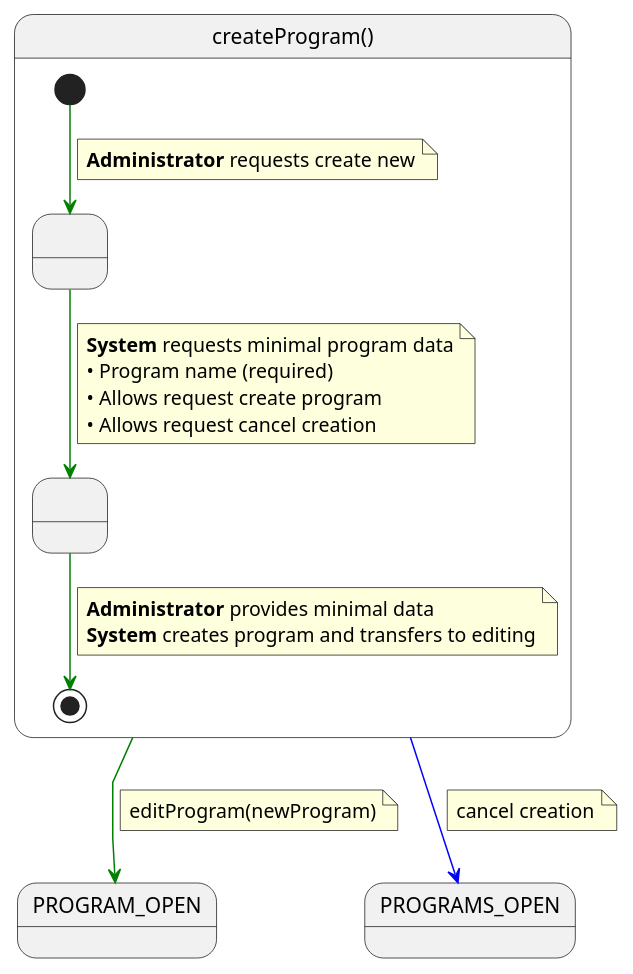
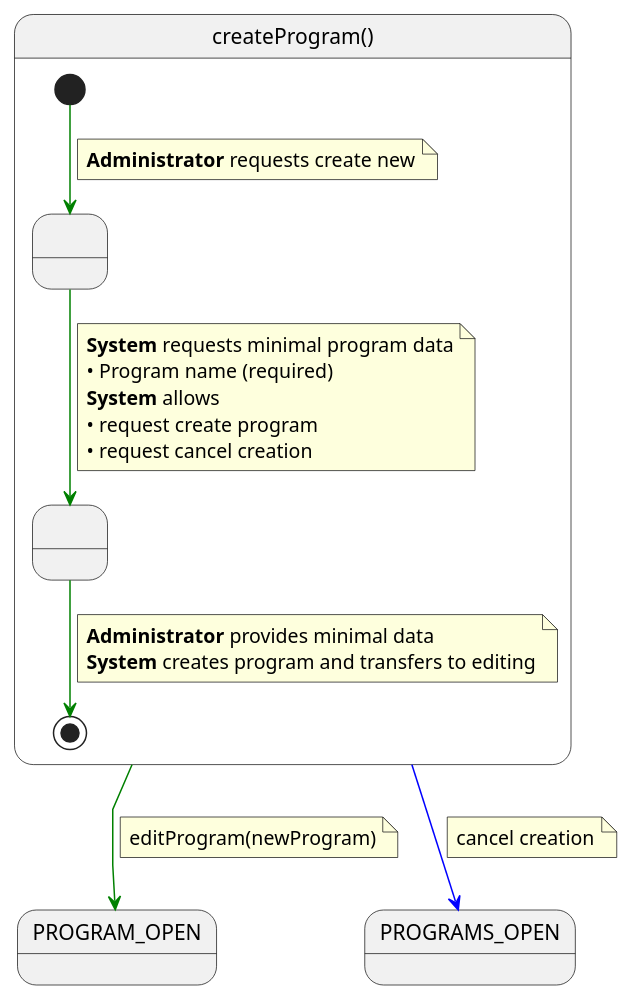
One commit to mmasias/pySigHor changed the diagram in RUP/00-casos-uso/02-detalle/createProgram/especificacion.puml. Above: the diagram before and after it, drawn with PlantUML. The commit also changed 77 other files, not shown here.

```diff
--- a/RUP/00-casos-uso/02-detalle/createProgram/especificacion.puml
+++ b/RUP/00-casos-uso/02-detalle/createProgram/especificacion.puml
@@ -1,40 +1,41 @@
 @startuml createProgram
 
 skinparam linetype polyline
 
 state createProgram as "createProgram()" {
 
     state " " as RequestingData
     state " " as CreatingProgram
 
     [*] -[#green]-> RequestingData 
     note on link
     <b>Administrator</b> requests create new
     end note    
     
     RequestingData -[#green]-> CreatingProgram
     note on link
     <b>System</b> requests minimal program data
     • Program name (required)
-    • Allows request create program
-    • Allows request cancel creation
+    <b>System</b> allows
+    • request create program
+    • request cancel creation
     end note
     
     CreatingProgram -[#green]-> [*]
     note on link
     <b>Administrator</b> provides minimal data
     <b>System</b> creates program and transfers to editing
     end note
 }
 
 createProgram -[#green]-> PROGRAM_OPEN
 note on link
 editProgram(newProgram)
 end note
 
 createProgram -[#blue]-> PROGRAMS_OPEN
 note on link
 cancel creation
 end note
 
 @enduml
```
